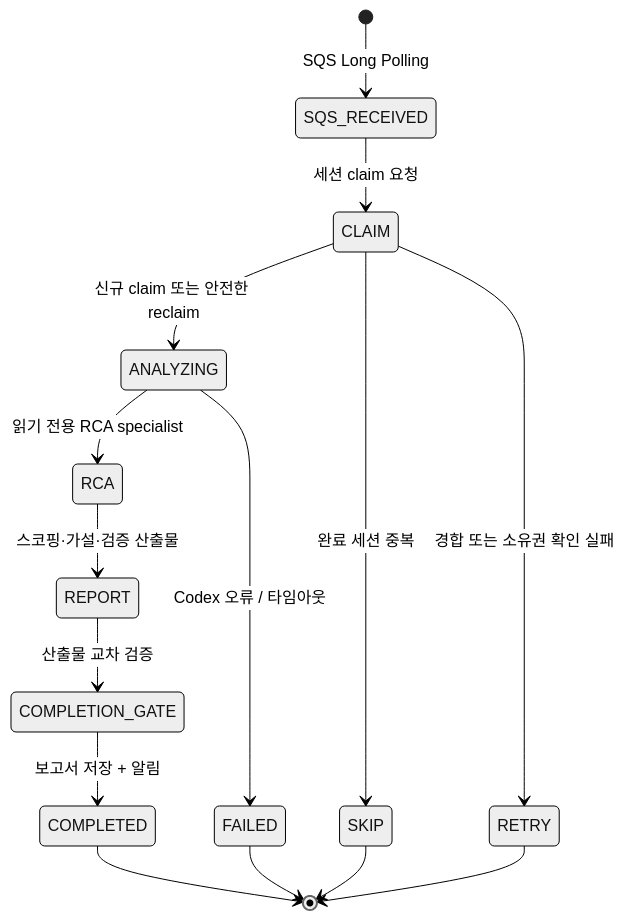
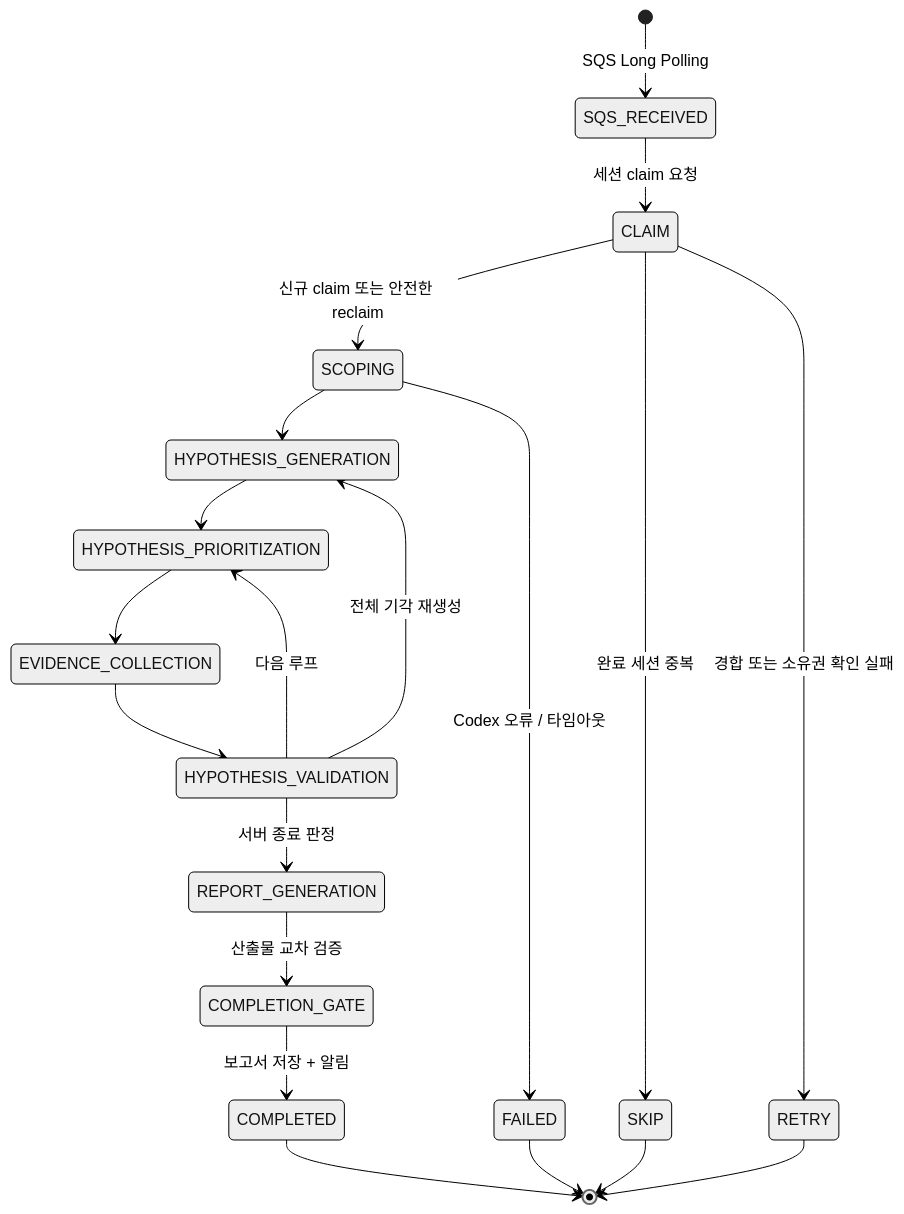
Before and after one commit to haandol/rca-agent: the third of 5 diagrams in docs/architecture.md, drawn with Mermaid (neutral theme). The commit also changed other lines of this file and 64 other files, not shown here.

````diff
--- a/docs/architecture.md
+++ b/docs/architecture.md
@@ -180,17 +180,22 @@
 ```mermaid
 stateDiagram-v2
     [*] --> SQS_RECEIVED: SQS Long Polling
     SQS_RECEIVED --> CLAIM: 세션 claim 요청
-    CLAIM --> ANALYZING: 신규 claim 또는 안전한 reclaim
+    CLAIM --> SCOPING: 신규 claim 또는 안전한 reclaim
     CLAIM --> SKIP: 완료 세션 중복
     CLAIM --> RETRY: 경합 또는 소유권 확인 실패
-    ANALYZING --> RCA: 읽기 전용 RCA specialist
-    RCA --> REPORT: 스코핑·가설·검증 산출물
-    REPORT --> COMPLETION_GATE: 산출물 교차 검증
+    SCOPING --> HYPOTHESIS_GENERATION
+    HYPOTHESIS_GENERATION --> HYPOTHESIS_PRIORITIZATION
+    HYPOTHESIS_PRIORITIZATION --> EVIDENCE_COLLECTION
+    EVIDENCE_COLLECTION --> HYPOTHESIS_VALIDATION
+    HYPOTHESIS_VALIDATION --> HYPOTHESIS_PRIORITIZATION: 다음 루프
+    HYPOTHESIS_VALIDATION --> HYPOTHESIS_GENERATION: 전체 기각 재생성
+    HYPOTHESIS_VALIDATION --> REPORT_GENERATION: 서버 종료 판정
+    REPORT_GENERATION --> COMPLETION_GATE: 산출물 교차 검증
     COMPLETION_GATE --> COMPLETED: 보고서 저장 + 알림
-    ANALYZING --> FAILED: Codex 오류 / 타임아웃
+    SCOPING --> FAILED: Codex 오류 / 타임아웃
     COMPLETED --> [*]
     FAILED --> [*]
     SKIP --> [*]
     RETRY --> [*]
 ```
````
